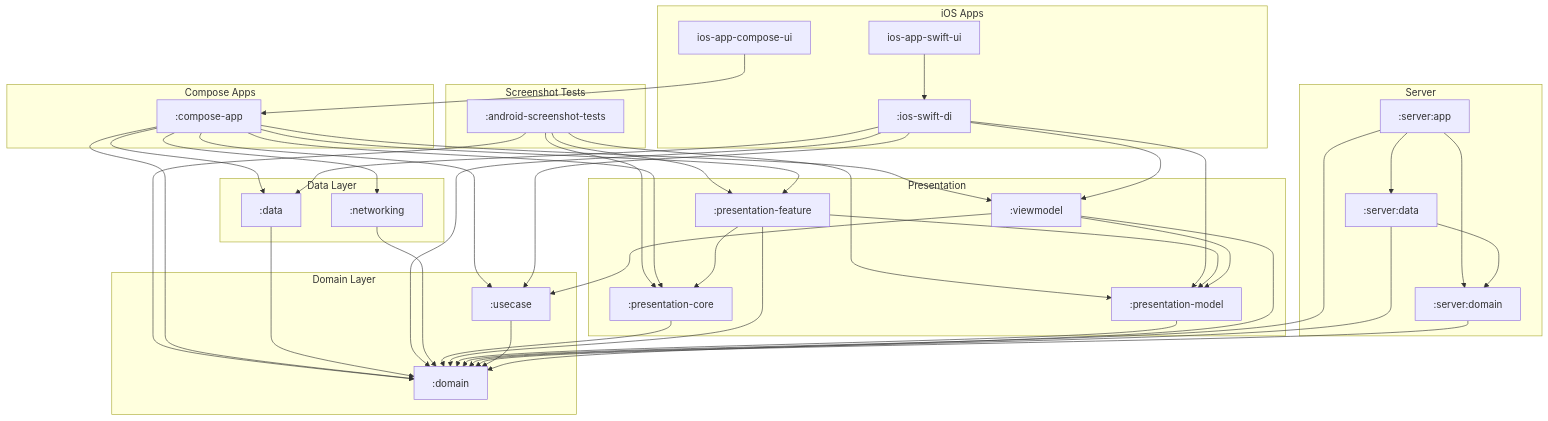
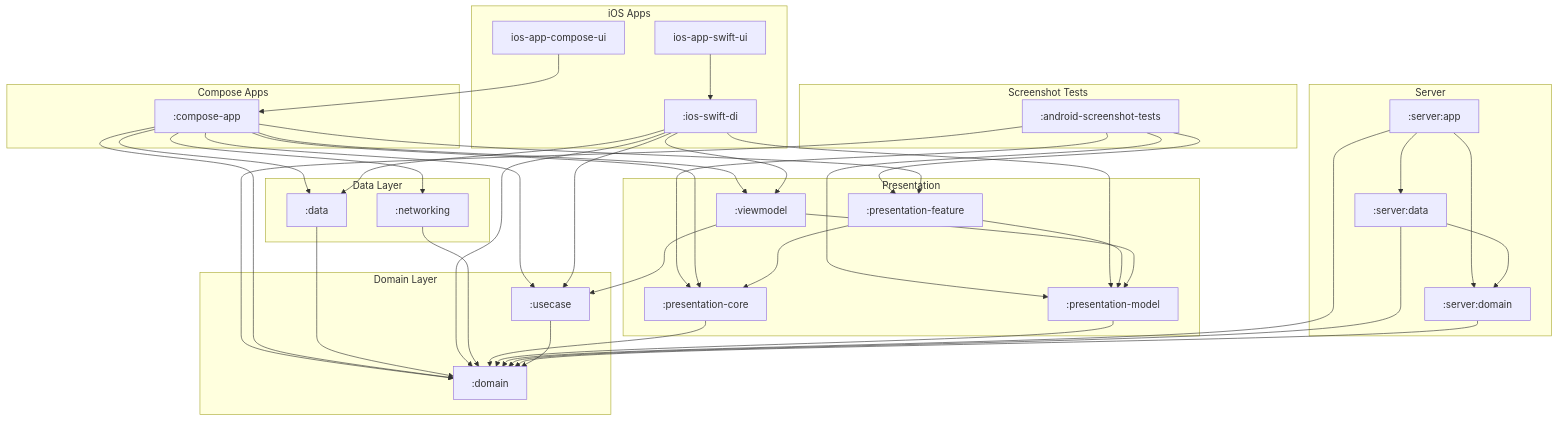
One commit to cartland/battery-butler changed the diagram in docs/diagrams/full_system_structure.mmd. Above: the diagram before and after it, drawn with Mermaid. The commit also changed 10 other files, not shown here.

```diff
--- a/docs/diagrams/full_system_structure.mmd
+++ b/docs/diagrams/full_system_structure.mmd
@@ -1,88 +1,86 @@
 graph TD
     subgraph "iOS Apps"
         IosSwiftDi[":ios-swift-di"]
         IosAppComposeUi["ios-app-compose-ui"]
         IosAppSwiftUi["ios-app-swift-ui"]
     end
 
     subgraph "Compose Apps"
         ComposeApp[":compose-app"]
     end
 
     subgraph "Server"
         ServerApp[":server:app"]
         ServerData[":server:data"]
         ServerDomain[":server:domain"]
     end
 
     subgraph "Presentation"
         PresentationCore[":presentation-core"]
         PresentationFeature[":presentation-feature"]
         PresentationModel[":presentation-model"]
         Viewmodel[":viewmodel"]
     end
 
     subgraph "Domain Layer"
         Domain[":domain"]
         Usecase[":usecase"]
     end
 
     subgraph "Data Layer"
         Data[":data"]
         Networking[":networking"]
     end
 
     subgraph "Screenshot Tests"
         AndroidScreenshotTests[":android-screenshot-tests"]
     end
 
     %% Dependencies
     AndroidScreenshotTests --> Domain
     AndroidScreenshotTests --> PresentationCore
     AndroidScreenshotTests --> PresentationFeature
     AndroidScreenshotTests --> PresentationModel
 
     ComposeApp --> Data
     ComposeApp --> Domain
     ComposeApp --> Networking
     ComposeApp --> PresentationCore
     ComposeApp --> PresentationFeature
     ComposeApp --> Usecase
     ComposeApp --> Viewmodel
 
     Data --> Domain
 
     IosSwiftDi --> Data
     IosSwiftDi --> Domain
     IosSwiftDi --> PresentationModel
     IosSwiftDi --> Usecase
     IosSwiftDi --> Viewmodel
 
     Networking --> Domain
 
     PresentationCore --> Domain
 
-    PresentationFeature --> Domain
     PresentationFeature --> PresentationCore
     PresentationFeature --> PresentationModel
 
     PresentationModel --> Domain
 
     ServerApp --> Domain
     ServerApp --> ServerData
     ServerApp --> ServerDomain
 
     ServerData --> Domain
     ServerData --> ServerDomain
 
     ServerDomain --> Domain
 
     Usecase --> Domain
 
-    Viewmodel --> Domain
     Viewmodel --> PresentationModel
     Viewmodel --> Usecase
 
     IosAppComposeUi --> ComposeApp
 
     IosAppSwiftUi --> IosSwiftDi
```
